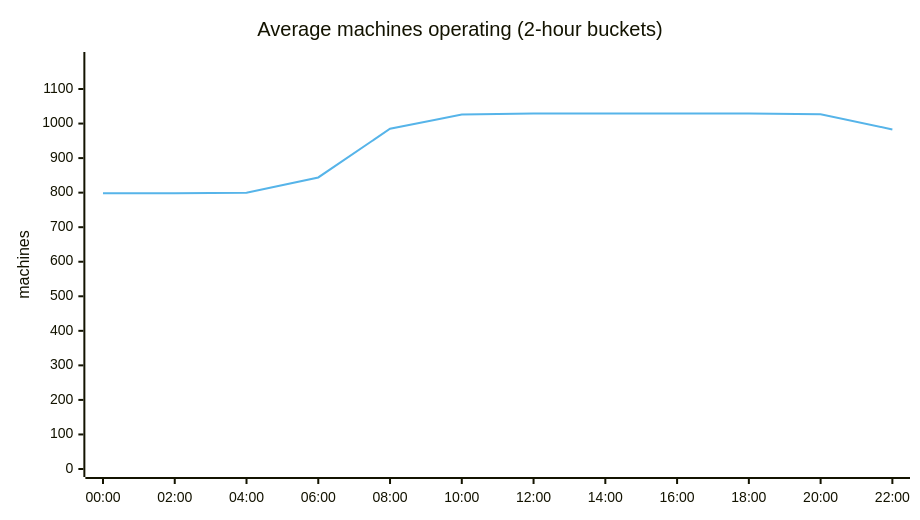
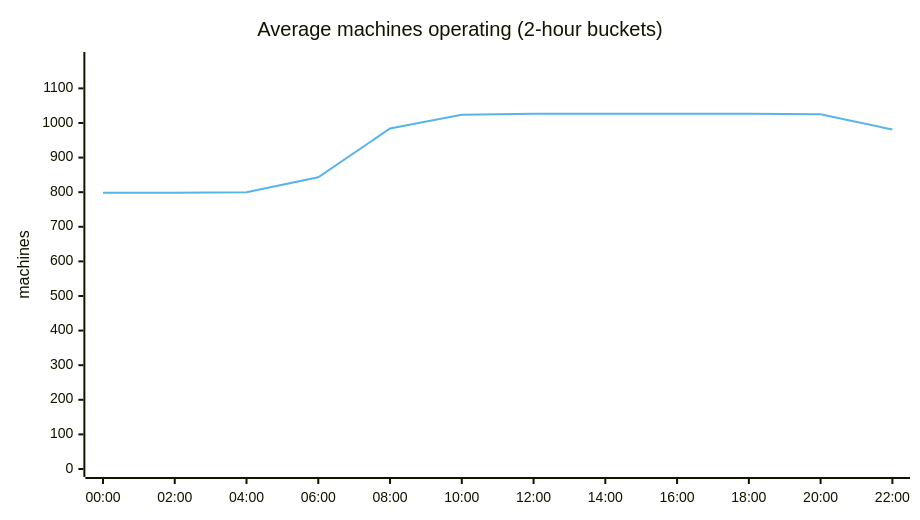
The third of 7 diagrams in ANALYSIS.md (cheeaun/returnright-data), drawn with Mermaid before and after one commit. The commit also changed other lines of this file and 3 other files, not shown here.

````diff
--- a/ANALYSIS.md
+++ b/ANALYSIS.md
@@ -85,15 +87,15 @@
 ```mermaid
 ---
 config:
   themeVariables:
     xyChart:
       plotColorPalette: "#56B4E9"
   xyChart:
     width: 900
 ---
 xychart-beta
     title "Average machines operating (2-hour buckets)"
     x-axis ["00:00", "02:00", "04:00", "06:00", "08:00", "10:00", "12:00", "14:00", "16:00", "18:00", "20:00", "22:00"]
-    y-axis "machines" 0 --> 1184
-    line [798, 798, 800, 844, 985, 1026, 1029, 1029, 1029, 1029, 1027, 983]
+    y-axis "machines" 0 --> 1182
+    line [798, 798, 800, 843, 984, 1024, 1027, 1027, 1027, 1027, 1025, 981]
 ```
````
